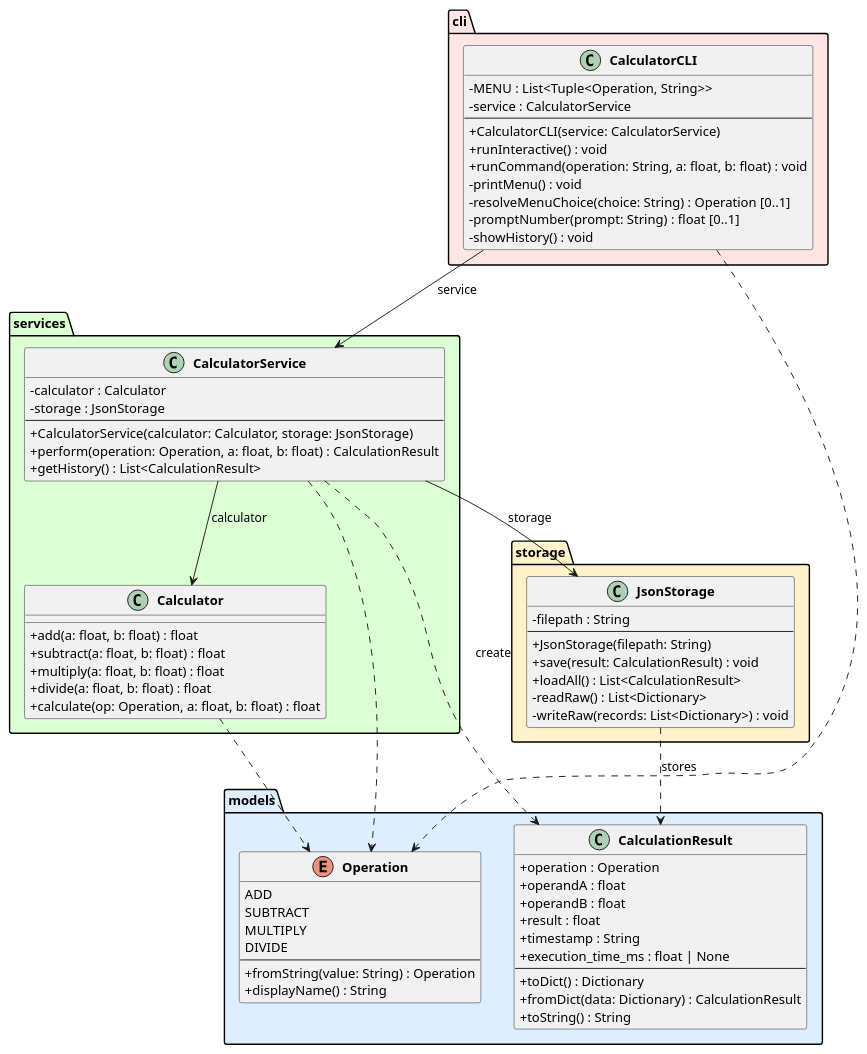
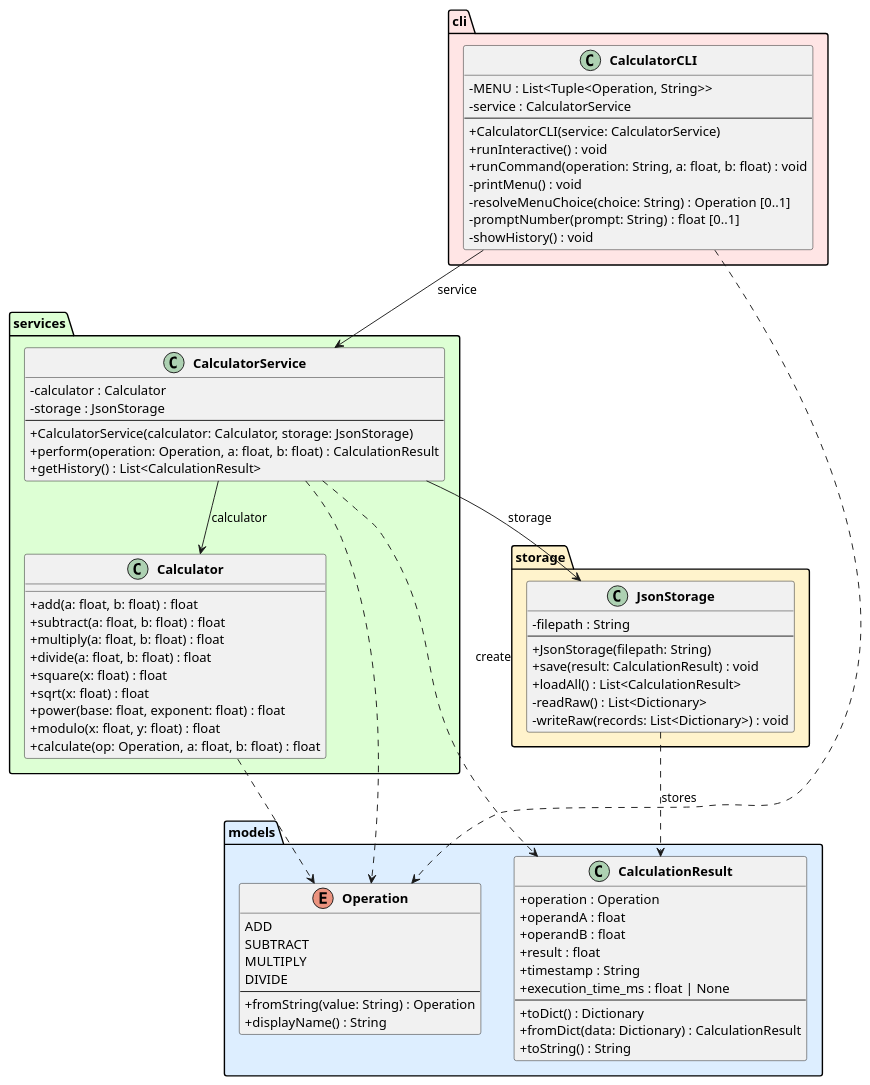
One commit to DanielRiha8906/Software_autoevolution_using_agents changed the diagram in experiments/supervisor_as_tools/test_driven/calculator/artifacts/class_diagram.puml. Above: the diagram before and after it, drawn with PlantUML. The commit also changed 3 other files, not shown here.

```diff
--- a/experiments/supervisor_as_tools/test_driven/calculator/artifacts/class_diagram.puml
+++ b/experiments/supervisor_as_tools/test_driven/calculator/artifacts/class_diagram.puml
@@ -1,87 +1,91 @@
 @startuml class_diagram
 
 skinparam classAttributeIconSize 0
 skinparam classFontStyle bold
 
 package "models" #DDEEFF {
     enum Operation {
         ADD
         SUBTRACT
         MULTIPLY
         DIVIDE
         --
         +fromString(value: String) : Operation
         +displayName() : String
     }
 
     class CalculationResult {
         +operation : Operation
         +operandA : float
         +operandB : float
         +result : float
         +timestamp : String
         +execution_time_ms : float | None
         --
         +toDict() : Dictionary
         +fromDict(data: Dictionary) : CalculationResult
         +toString() : String
     }
 }
 
 package "services" #DDFFD4 {
     class Calculator {
         +add(a: float, b: float) : float
         +subtract(a: float, b: float) : float
         +multiply(a: float, b: float) : float
         +divide(a: float, b: float) : float
+        +square(x: float) : float
+        +sqrt(x: float) : float
+        +power(base: float, exponent: float) : float
+        +modulo(x: float, y: float) : float
         +calculate(op: Operation, a: float, b: float) : float
     }
 
     class CalculatorService {
         -calculator : Calculator
         -storage : JsonStorage
         --
         +CalculatorService(calculator: Calculator, storage: JsonStorage)
         +perform(operation: Operation, a: float, b: float) : CalculationResult
         +getHistory() : List<CalculationResult>
     }
 }
 
 package "storage" #FFF3CC {
     class JsonStorage {
         -filepath : String
         --
         +JsonStorage(filepath: String)
         +save(result: CalculationResult) : void
         +loadAll() : List<CalculationResult>
         -readRaw() : List<Dictionary>
         -writeRaw(records: List<Dictionary>) : void
     }
 }
 
 package "cli" #FFE5E5 {
     class CalculatorCLI {
         -MENU : List<Tuple<Operation, String>>
         -service : CalculatorService
         --
         +CalculatorCLI(service: CalculatorService)
         +runInteractive() : void
         +runCommand(operation: String, a: float, b: float) : void
         -printMenu() : void
         -resolveMenuChoice(choice: String) : Operation [0..1]
         -promptNumber(prompt: String) : float [0..1]
         -showHistory() : void
     }
 }
 
 CalculatorCLI --> CalculatorService : service
 CalculatorService --> Calculator : calculator
 CalculatorService --> JsonStorage : storage
 
 CalculatorService ..> CalculationResult : create
 CalculatorService ..> Operation
 CalculatorCLI ..> Operation
 Calculator ..> Operation
 JsonStorage ..> CalculationResult : stores
 
 @enduml
```
